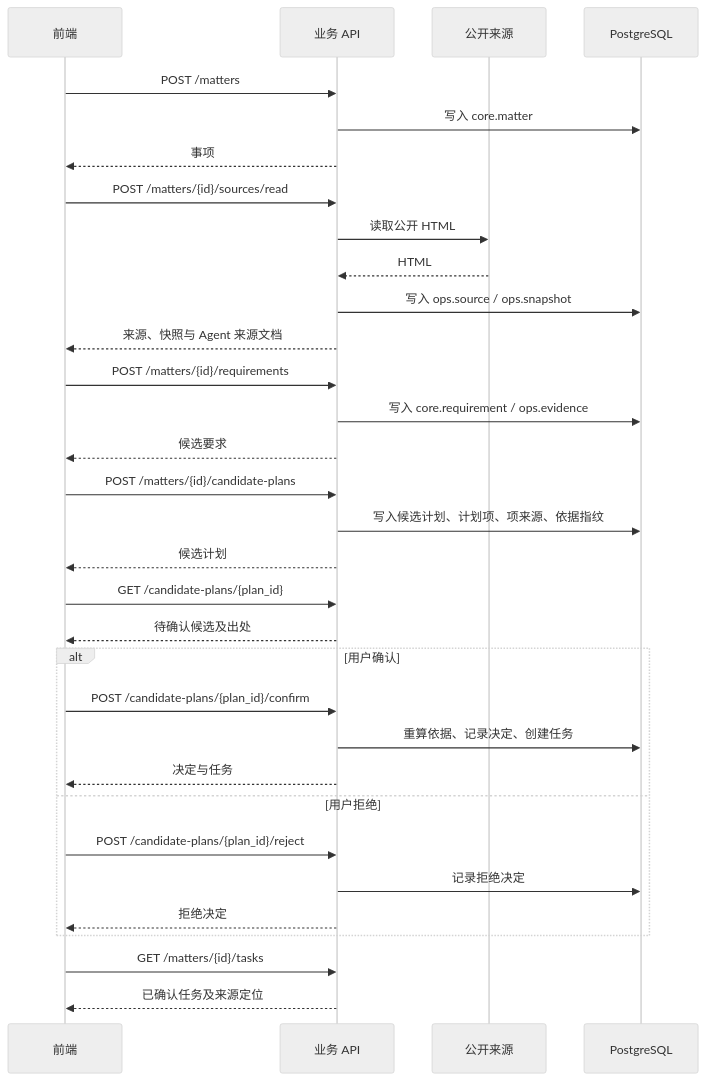
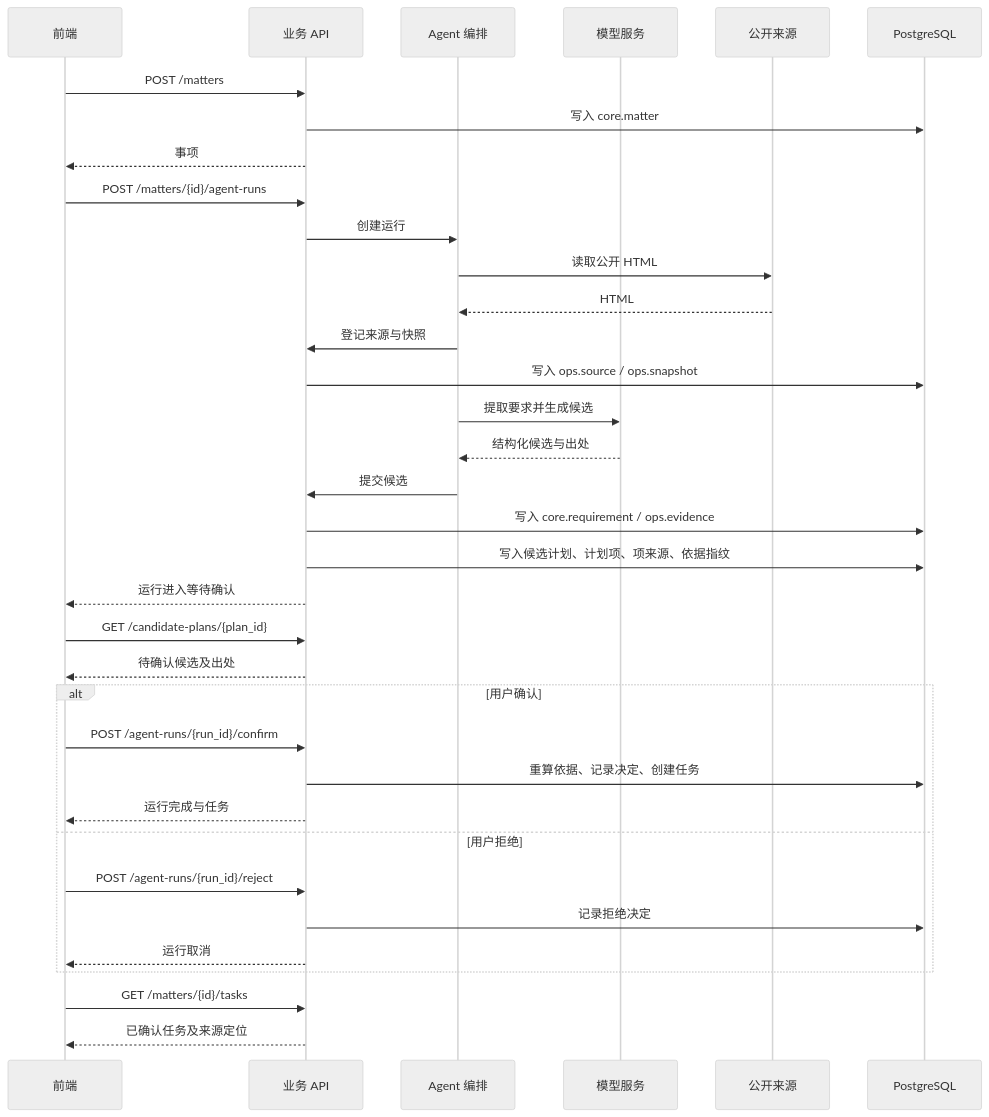
Before and after one commit to LotteryCamp/OfferPilot: the diagram in docs/backend/api.md, drawn with Mermaid (neutral theme). The commit also changed other lines of this file and 13 other files, not shown here.

````diff
--- a/docs/backend/api.md
+++ b/docs/backend/api.md
@@ -95,41 +96,42 @@
 ```mermaid
 sequenceDiagram
     participant Client as 前端
     participant API as 业务 API
+    participant Agent as Agent 编排
+    participant Model as 模型服务
     participant Web as 公开来源
     participant DB as PostgreSQL
 
     Client->>API: POST /matters
     API->>DB: 写入 core.matter
     API-->>Client: 事项
 
-    Client->>API: POST /matters/{id}/sources/read
-    API->>Web: 读取公开 HTML
-    Web-->>API: HTML
+    Client->>API: POST /matters/{id}/agent-runs
+    API->>Agent: 创建运行
+    Agent->>Web: 读取公开 HTML
+    Web-->>Agent: HTML
+    Agent->>API: 登记来源与快照
     API->>DB: 写入 ops.source / ops.snapshot
-    API-->>Client: 来源、快照与 Agent 来源文档
-
-    Client->>API: POST /matters/{id}/requirements
+    Agent->>Model: 提取要求并生成候选
+    Model-->>Agent: 结构化候选与出处
+    Agent->>API: 提交候选
     API->>DB: 写入 core.requirement / ops.evidence
-    API-->>Client: 候选要求
-
-    Client->>API: POST /matters/{id}/candidate-plans
     API->>DB: 写入候选计划、计划项、项来源、依据指纹
-    API-->>Client: 候选计划
+    API-->>Client: 运行进入等待确认
 
     Client->>API: GET /candidate-plans/{plan_id}
     API-->>Client: 待确认候选及出处
 
     alt 用户确认
-        Client->>API: POST /candidate-plans/{plan_id}/confirm
+        Client->>API: POST /agent-runs/{run_id}/confirm
         API->>DB: 重算依据、记录决定、创建任务
-        API-->>Client: 决定与任务
+        API-->>Client: 运行完成与任务
     else 用户拒绝
-        Client->>API: POST /candidate-plans/{plan_id}/reject
+        Client->>API: POST /agent-runs/{run_id}/reject
         API->>DB: 记录拒绝决定
-        API-->>Client: 拒绝决定
+        API-->>Client: 运行取消
     end
 
     Client->>API: GET /matters/{id}/tasks
     API-->>Client: 已确认任务及来源定位
 ```
````
